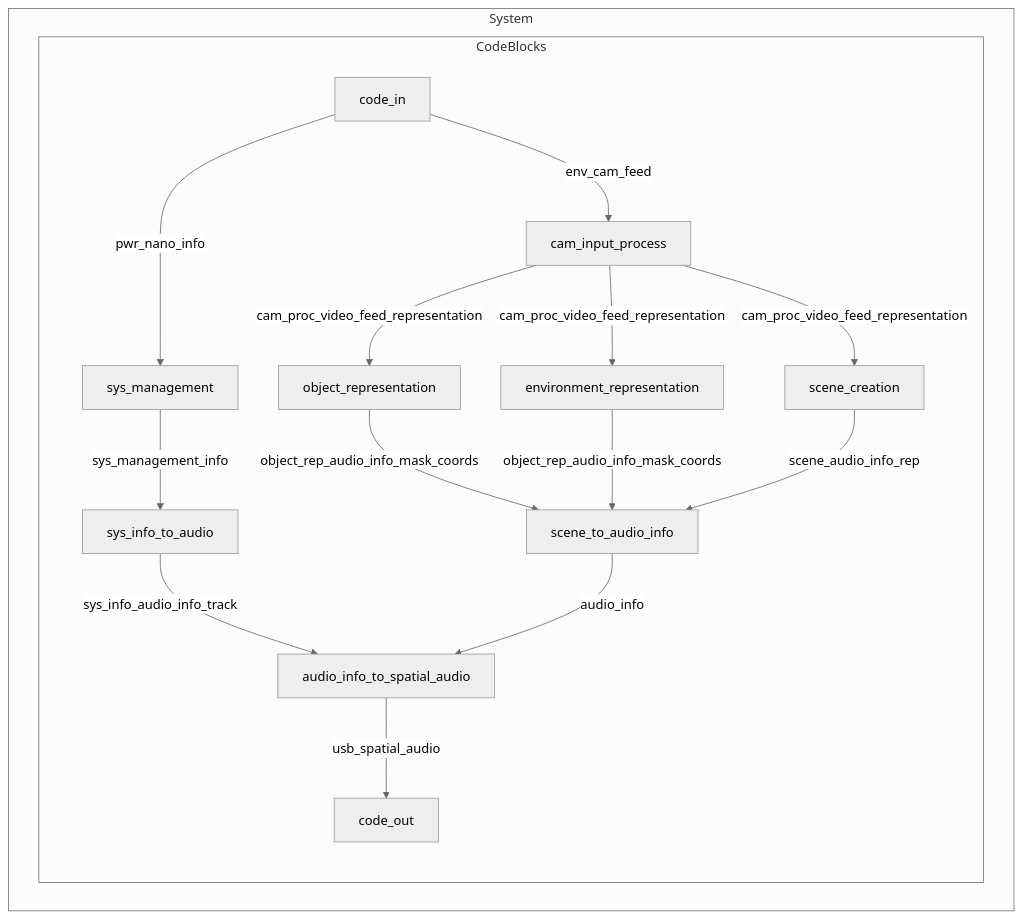
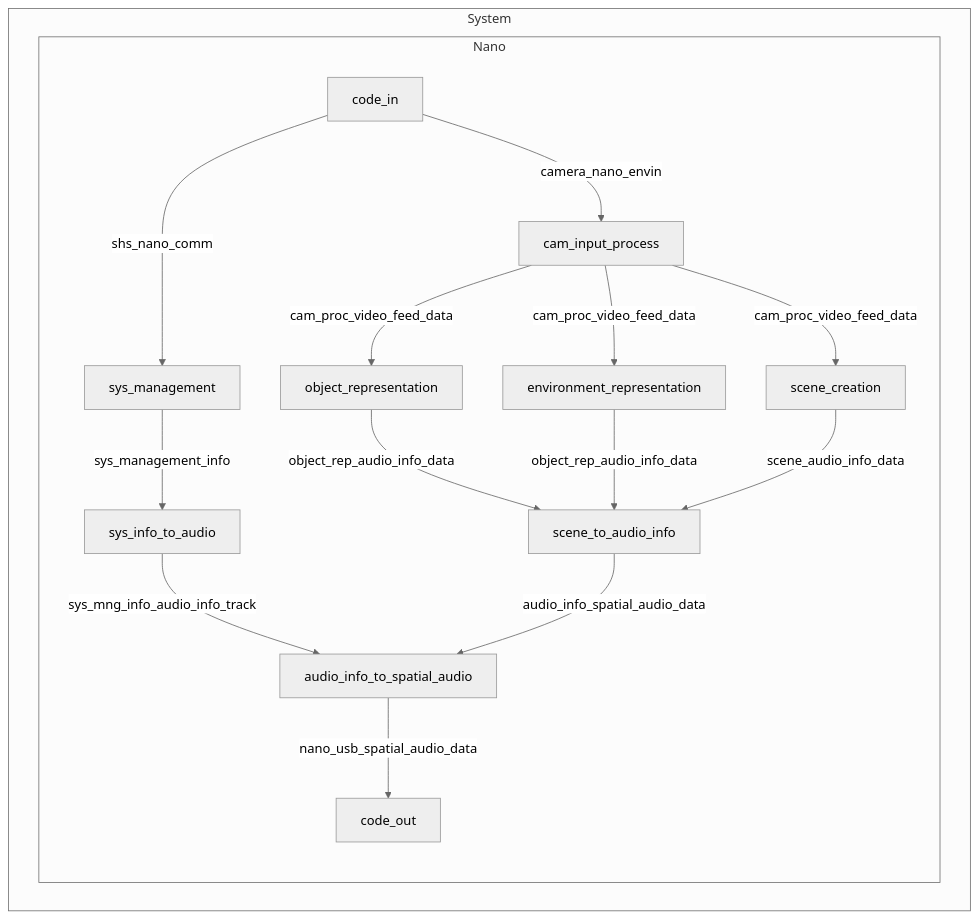
One commit to Jedi-Vision/ECE44x changed the third of 15 diagrams in blocks.md. Above: the diagram before and after it, drawn with Mermaid (neutral theme). The commit also changed other lines of this file, not shown here.

Commit message:
Update system diagram to align as much with project document as I can.

````diff
--- a/blocks.md
+++ b/blocks.md
@@ -50,21 +55,21 @@
 ```mermaid
 graph TD
     subgraph System
 
         %% Code
-        subgraph CodeBlocks
-            code_in -- "env_cam_feed" --> cam_input_process
-            code_in -- "pwr_nano_info" --> sys_management
-            cam_input_process -- "cam_proc_video_feed_representation" --> object_representation
-            cam_input_process -- "cam_proc_video_feed_representation" --> environment_representation
-            cam_input_process -- "cam_proc_video_feed_representation" --> scene_creation
-            object_representation -- "object_rep_audio_info_mask_coords" --> scene_to_audio_info
-            environment_representation -- "object_rep_audio_info_mask_coords" --> scene_to_audio_info
-            scene_creation -- "scene_audio_info_rep" --> scene_to_audio_info
+        subgraph Nano
+            code_in -- "camera_nano_envin" --> cam_input_process
+            code_in -- "shs_nano_comm" --> sys_management
+            cam_input_process -- "cam_proc_video_feed_data" --> object_representation
+            cam_input_process -- "cam_proc_video_feed_data" --> environment_representation
+            cam_input_process -- "cam_proc_video_feed_data" --> scene_creation
+            object_representation -- "object_rep_audio_info_data" --> scene_to_audio_info
+            environment_representation -- "object_rep_audio_info_data" --> scene_to_audio_info
+            scene_creation -- "scene_audio_info_data" --> scene_to_audio_info
             sys_management -- "sys_management_info" --> sys_info_to_audio
-            sys_info_to_audio -- "sys_info_audio_info_track" --> audio_info_to_spatial_audio
-            scene_to_audio_info -- "audio_info" --> audio_info_to_spatial_audio
-            audio_info_to_spatial_audio -- "usb_spatial_audio" --> code_out
+            sys_info_to_audio -- "sys_mng_info_audio_info_track" --> audio_info_to_spatial_audio
+            scene_to_audio_info -- "audio_info_spatial_audio_data" --> audio_info_to_spatial_audio
+            audio_info_to_spatial_audio -- "nano_usb_spatial_audio_data" --> code_out
         end
     end
 ```
````
